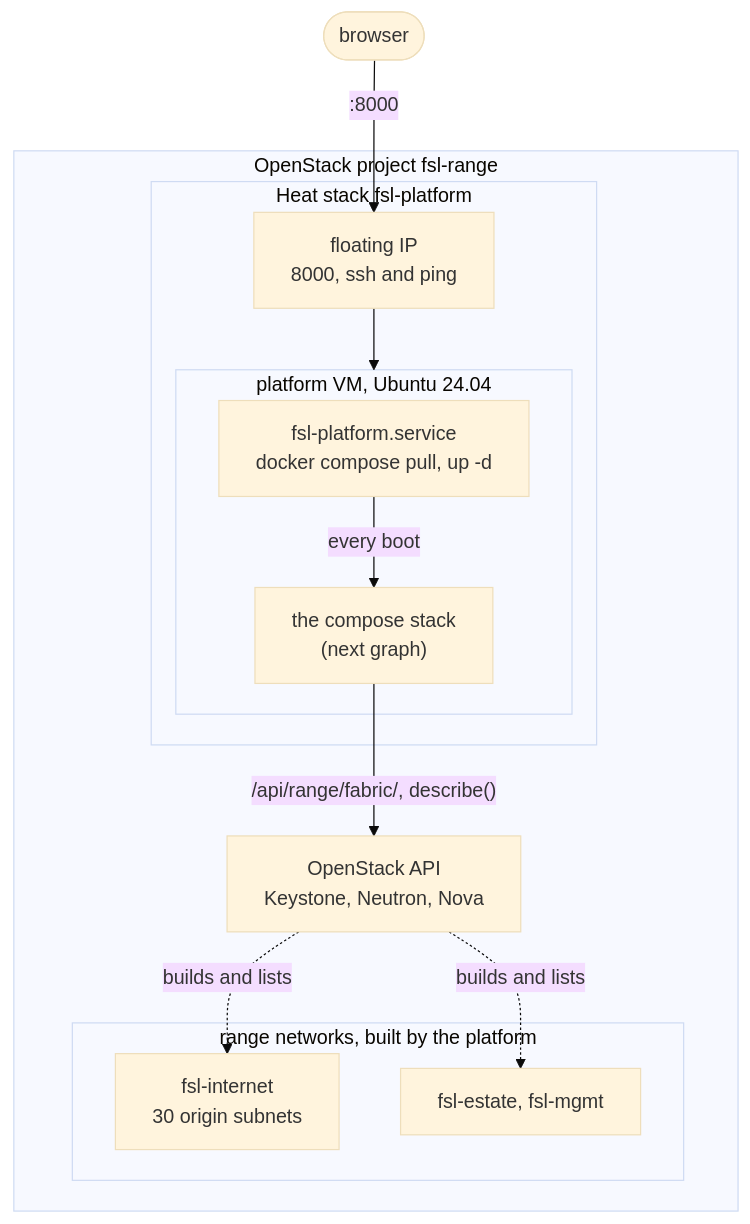
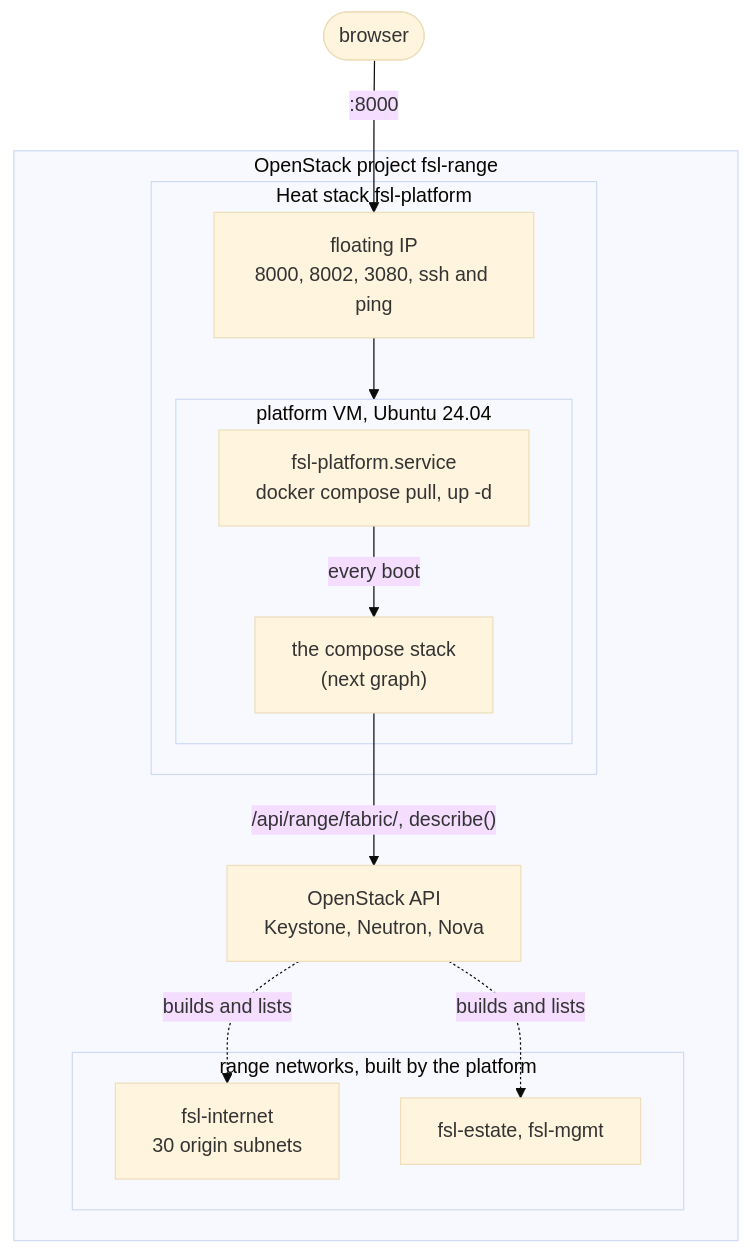
One commit to Nekonic/fsl-project-mvp changed the first of 2 diagrams in README.md. Above: the diagram before and after it, drawn with Mermaid (base theme). The commit also changed other lines of this file and 14 other files, not shown here.

````diff
--- a/README.md
+++ b/README.md
@@ -29,26 +29,26 @@
 ```mermaid
 flowchart TB
   person(["browser"])
 
   subgraph cloud["OpenStack project fsl-range"]
     api["OpenStack API<br/>Keystone, Neutron, Nova"]
     subgraph heat["Heat stack fsl-platform"]
-      fip["floating IP<br/>8000, ssh and ping"]
+      fip["floating IP<br/>8000, 8002, 3080, ssh and ping"]
       subgraph vm["platform VM, Ubuntu 24.04"]
         unit["fsl-platform.service<br/>docker compose pull, up -d"]
         stack["the compose stack<br/>(next graph)"]
       end
     end
     subgraph fabric_box["range networks, built by the platform"]
       internet["fsl-internet<br/>30 origin subnets"]
       inside["fsl-estate, fsl-mgmt"]
     end
   end
 
   person -->|":8000"| fip
   fip --> vm
   unit -->|"every boot"| stack
   stack -->|"/api/range/fabric/, describe()"| api
   api -.->|builds and lists| internet
   api -.->|builds and lists| inside
 ```
````
